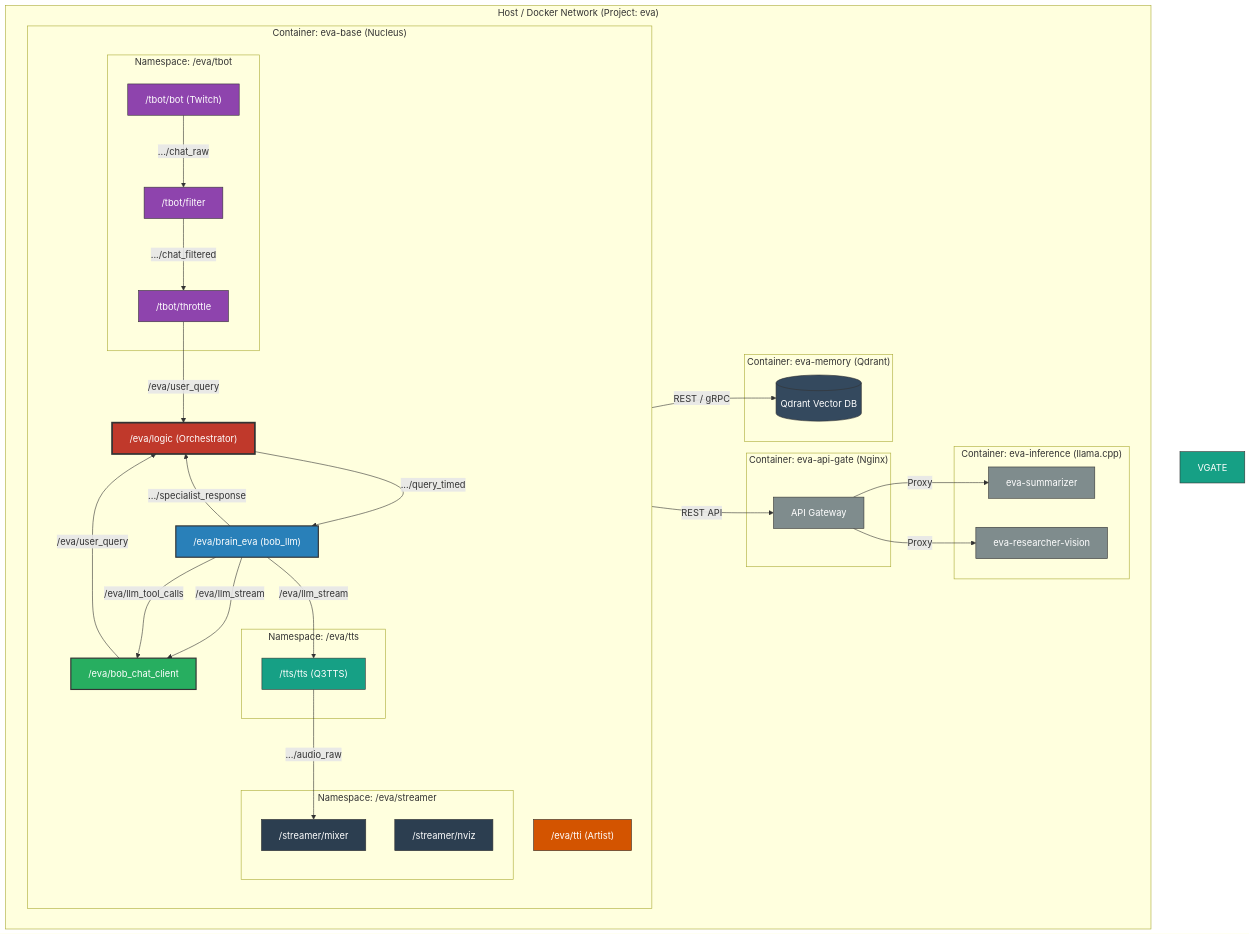
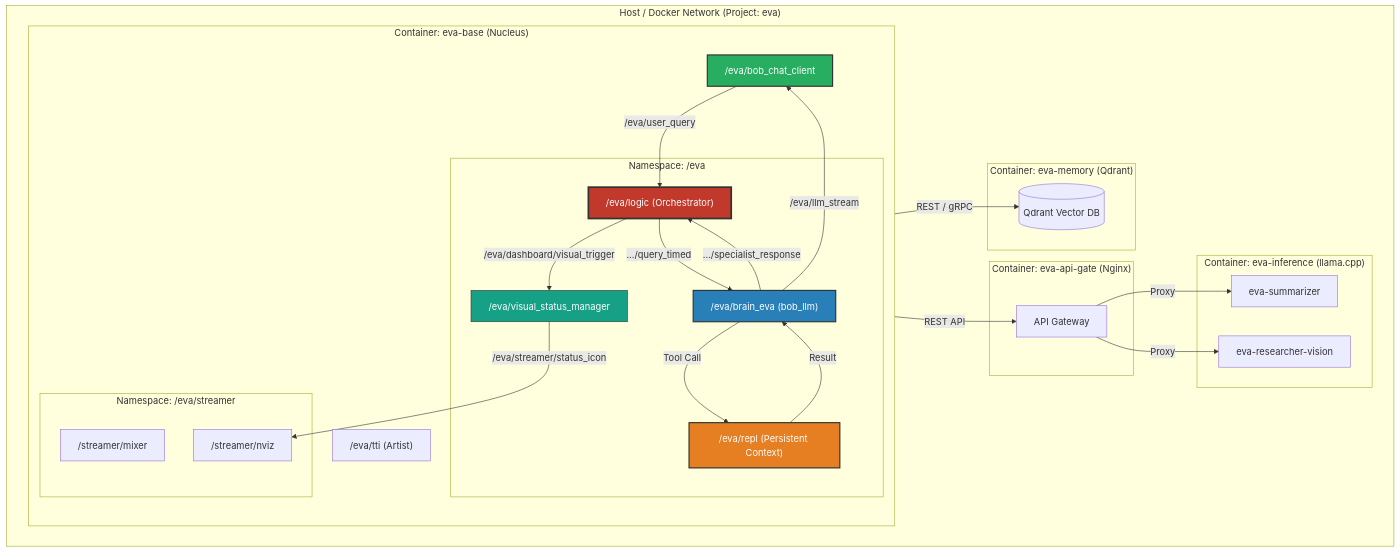
One commit to bob-ros2/bob_central changed the diagram in README.md. Above: the diagram before and after it, drawn with Mermaid. The commit also changed other lines of this file and 17 other files, not shown here.

Commit message:
feat: implement Recursive Thought (RLM) and Persistent REPL (v0.5.0)

````diff
--- a/README.md
+++ b/README.md
@@ -98,20 +72,15 @@
         subgraph "Container: eva-base (Nucleus)"
             direction TB
             
-            subgraph "Namespace: /eva/tbot"
-                T_BOT["/tbot/bot (Twitch)"]
-                T_FILT["/tbot/filter"]
-                T_THROT["/tbot/throttle"]
+            subgraph "Namespace: /eva"
+                LOGIC["/eva/logic (Orchestrator)"]
+                BRAIN["/eva/brain_eva (bob_llm)"]
+                REPL["/eva/repl (Persistent Context)"]
+                VMGR["/eva/visual_status_manager"]
             end
 
-            LOGIC["/eva/logic (Orchestrator)"]
-            BRAIN["/eva/brain_eva (bob_llm)"]
             CLIENT["/eva/bob_chat_client"]
             
-            subgraph "Namespace: /eva/tts"
-                TTS["/tts/tts (Q3TTS)"]
-            end
-
             subgraph "Namespace: /eva/streamer"
                 MIXER["/streamer/mixer"]
                 NVIZ["/streamer/nviz"]
@@ -125,24 +94,22 @@
         end
     end
 
-    %% Tbot Feed
-    T_BOT -- ".../chat_raw" --> T_FILT
-    T_FILT -- ".../chat_filtered" --> T_THROT
-    T_THROT -- "/eva/user_query" --> LOGIC
-
-    %% Core Logic Loop
+    %% Queries
     CLIENT -- "/eva/user_query" --> LOGIC
     LOGIC -- ".../query_timed" --> BRAIN
     BRAIN -- ".../specialist_response" --> LOGIC
     
+    %% Recursive / Persistent Work
+    BRAIN -- "Tool Call" --> REPL
+    REPL -- "Result" --> BRAIN
+    
+    %% Status / Dashboard
+    LOGIC -- "/eva/dashboard/visual_trigger" --> VMGR
+    VMGR -- "/eva/streamer/status_icon" --> NVIZ
+
     %% Output to Client
     BRAIN -- "/eva/llm_stream" --> CLIENT
-    BRAIN -- "/eva/llm_tool_calls" --> CLIENT
     
-    %% To TTS Pipeline (Direct Stream)
-    BRAIN -- "/eva/llm_stream" --> TTS
-    TTS -- ".../audio_raw" --> MIXER
-
     %% Inference / Proxy
     GATE -- "Proxy" --> SUM
     GATE -- "Proxy" --> VIS
@@ -151,25 +118,10 @@
     %% Memory Access
     BRAIN -- "REST / gRPC" --> QDRANT
 
-    %% Styling for optimal readability (Dark themes & white text)
+    %% Styling
     style LOGIC fill:#c0392b,stroke:#333,stroke-width:3px,color:#fff
     style BRAIN fill:#2980b9,stroke:#333,stroke-width:2px,color:#fff
+    style REPL fill:#e67e22,stroke:#333,stroke-width:2px,color:#fff
+    style VMGR fill:#16a085,stroke:#333,color:#fff
     style CLIENT fill:#27ae60,stroke:#333,stroke-width:2px,color:#fff
-    
-    style T_BOT fill:#8e44ad,stroke:#333,color:#fff
-    style T_FILT fill:#8e44ad,stroke:#333,color:#fff
-    style T_THROT fill:#8e44ad,stroke:#333,color:#fff
-    
-    style VGATE fill:#16a085,stroke:#333,color:#fff
-    style TTS fill:#16a085,stroke:#333,color:#fff
-    
-    style MIXER fill:#2c3e50,stroke:#333,color:#fff
-    style NVIZ fill:#2c3e50,stroke:#333,color:#fff
-    
-    style TTI fill:#d35400,stroke:#333,color:#fff
-    
-    style GATE fill:#7f8c8d,stroke:#333,color:#fff
-    style SUM fill:#7f8c8d,stroke:#333,color:#fff
-    style VIS fill:#7f8c8d,stroke:#333,color:#fff
-    style QDRANT fill:#34495e,stroke:#333,color:#fff
 ```
````
